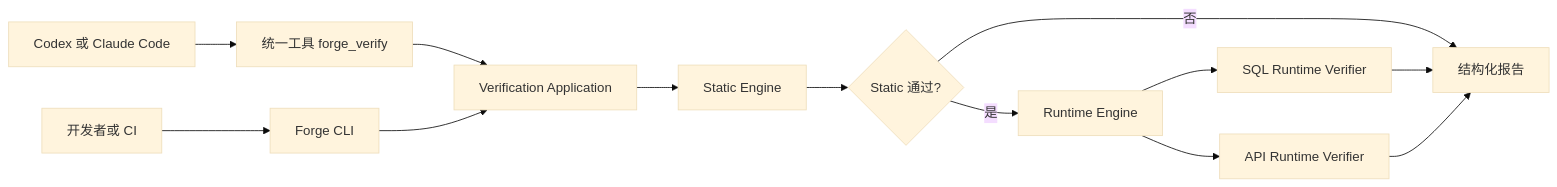
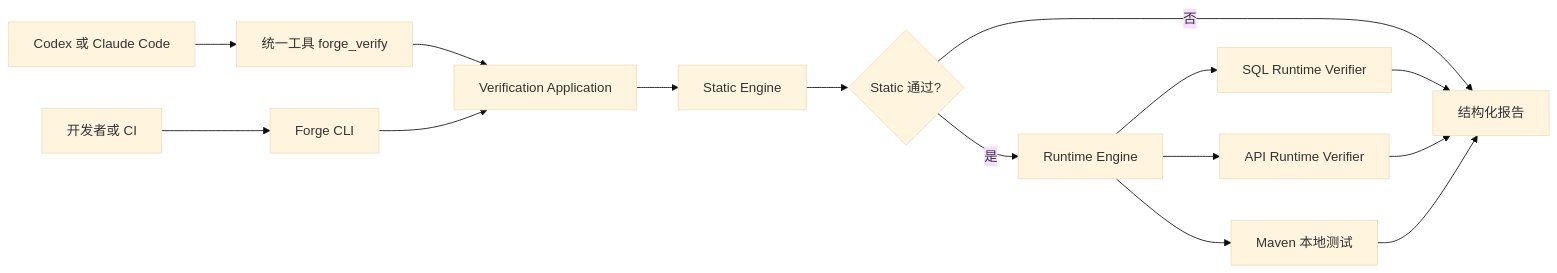
The first of 2 diagrams in forge-quality/README.md (exception-coder/kai-toolbox), drawn with Mermaid (base theme) before and after one commit. The commit also changed other lines of this file and 12 other files, not shown here.

````diff
--- a/forge-quality/README.md
+++ b/forge-quality/README.md
@@ -31,15 +31,17 @@
 ```mermaid
 flowchart LR
     AGENT["Codex 或 Claude Code"] --> ENTRY["统一工具 forge_verify"]
     USER["开发者或 CI"] --> CLI["Forge CLI"]
     ENTRY --> APP["Verification Application"]
     CLI --> APP
     APP --> STATIC["Static Engine"]
     STATIC --> DECISION{"Static 通过?"}
     DECISION -->|"否"| REPORT["结构化报告"]
     DECISION -->|"是"| RUNTIME["Runtime Engine"]
     RUNTIME --> SQL["SQL Runtime Verifier"]
     RUNTIME --> API["API Runtime Verifier"]
+    RUNTIME --> LOCAL["Maven 本地测试"]
     SQL --> REPORT
     API --> REPORT
+    LOCAL --> REPORT
 ```
````
